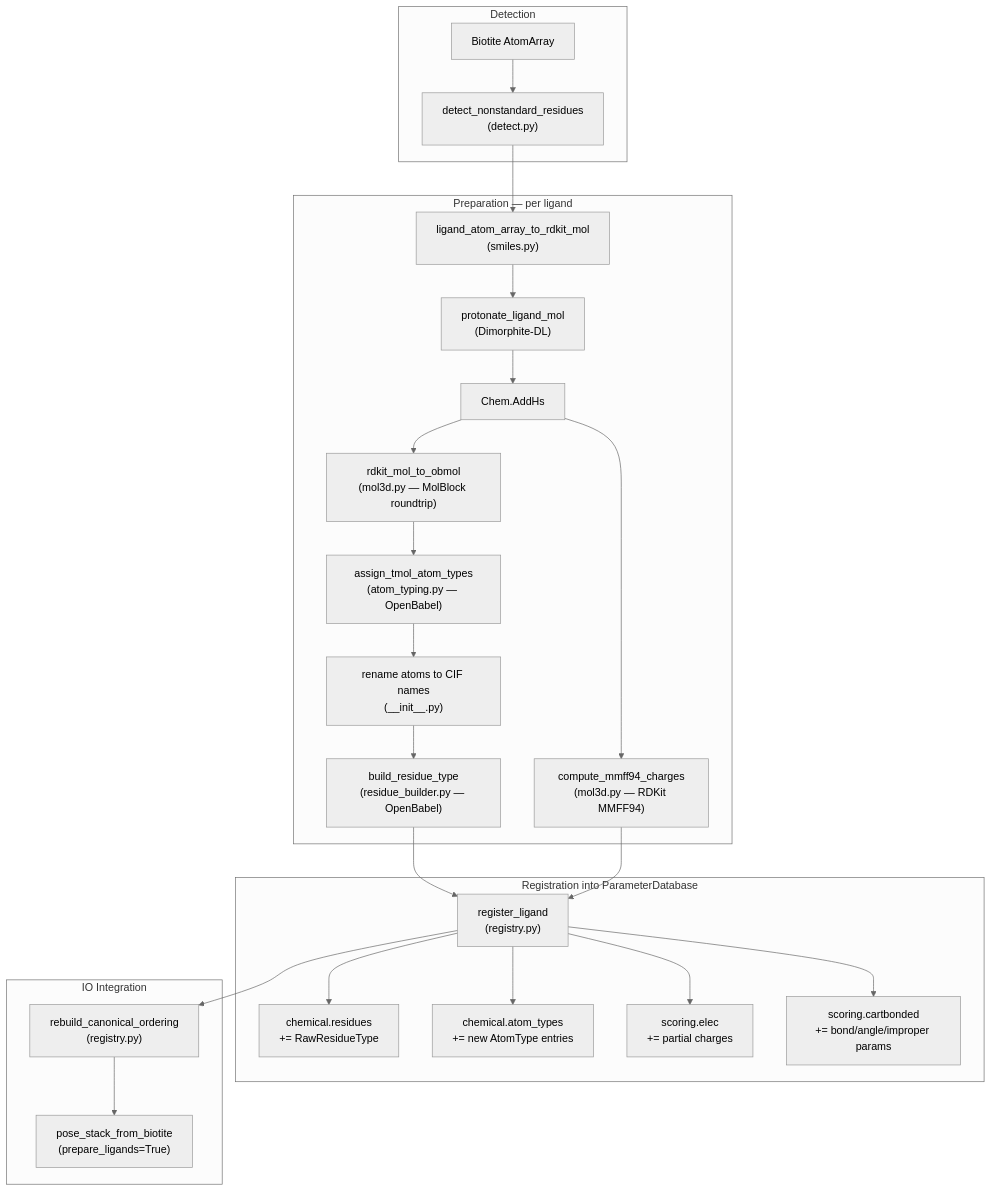
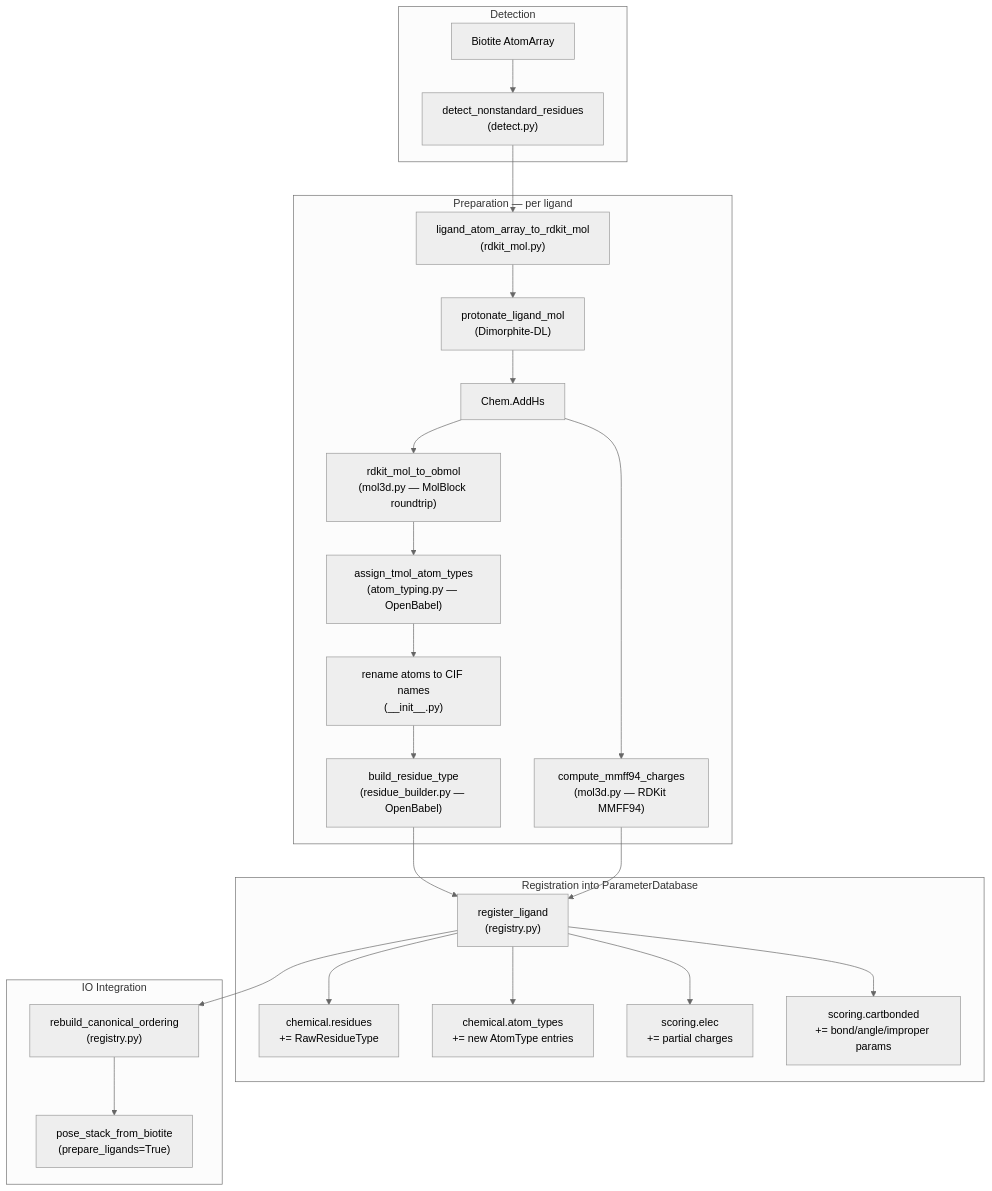
One commit to uw-ipd/tmol changed the diagram in tmol/ligand/README.md. Above: the diagram before and after it, drawn with Mermaid (neutral theme). The commit also changed other lines of this file and 13 other files, not shown here.

````diff
--- a/tmol/ligand/README.md
+++ b/tmol/ligand/README.md
@@ -10,34 +10,34 @@
 ```mermaid
 flowchart TD
     subgraph detection [Detection]
         A["Biotite AtomArray"] --> B["detect_nonstandard_residues\n(detect.py)"]
     end
 
     subgraph preparation [Preparation — per ligand]
-        B --> C["ligand_atom_array_to_rdkit_mol\n(smiles.py)"]
+        B --> C["ligand_atom_array_to_rdkit_mol\n(rdkit_mol.py)"]
         C --> D["protonate_ligand_mol\n(Dimorphite-DL)"]
         D --> E["Chem.AddHs"]
 
         E --> F["compute_mmff94_charges\n(mol3d.py — RDKit MMFF94)"]
         E --> G["rdkit_mol_to_obmol\n(mol3d.py — MolBlock roundtrip)"]
 
         G --> H["assign_tmol_atom_types\n(atom_typing.py — OpenBabel)"]
         H --> I["rename atoms to CIF names\n(__init__.py)"]
         I --> J["build_residue_type\n(residue_builder.py — OpenBabel)"]
     end
 
     subgraph registration [Registration into ParameterDatabase]
         J --> K["register_ligand\n(registry.py)"]
         F --> K
 
         K --> L1["chemical.residues\n+= RawResidueType"]
         K --> L2["chemical.atom_types\n+= new AtomType entries"]
         K --> L3["scoring.elec\n+= partial charges"]
         K --> L4["scoring.cartbonded\n+= bond/angle/improper params"]
     end
 
     subgraph io [IO Integration]
         K --> M["rebuild_canonical_ordering\n(registry.py)"]
         M --> N["pose_stack_from_biotite\n(prepare_ligands=True)"]
     end
 ```
````
